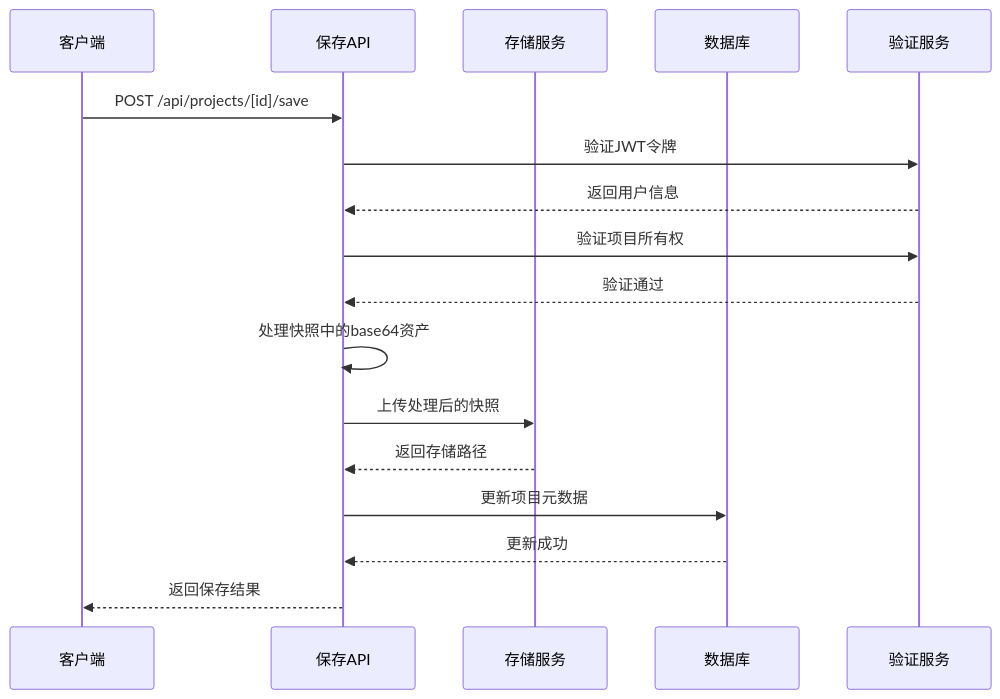
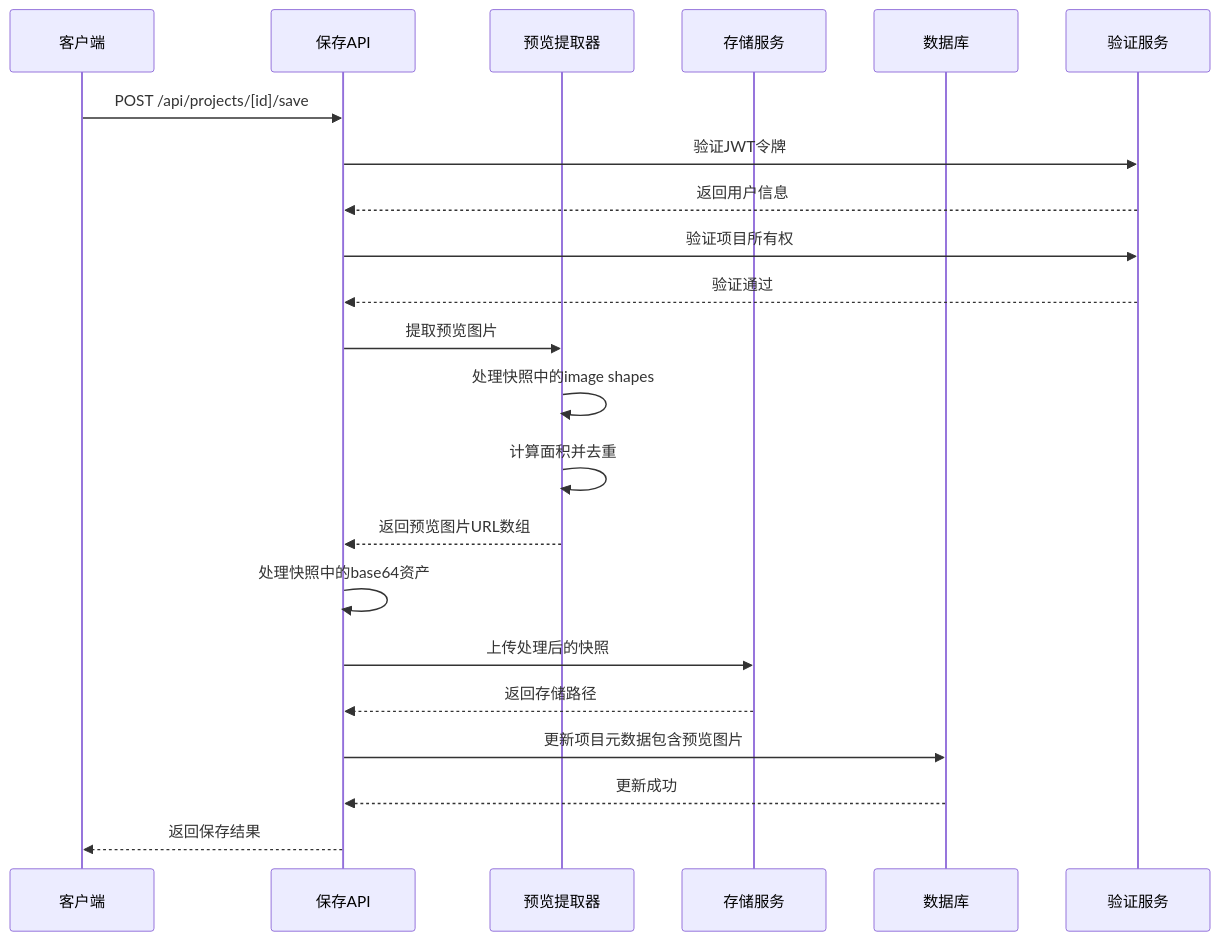
The tenth of 15 diagrams in .qoder/repowiki/zh/content/API 集成/项目管理API系统.md (billye220670/BananaFlow2), drawn with Mermaid before and after one commit. The commit also changed other lines of this file and 17 other files, not shown here.

First line of the commit message:
refactor: shimmer单元素架构重构，统一图片URL为Supabase单一来源

````diff
--- a/.qoder/repowiki/zh/content/API 集成/项目管理API系统.md
+++ b/.qoder/repowiki/zh/content/API 集成/项目管理API系统.md
@@ -370,19 +414,24 @@
 ```mermaid
 sequenceDiagram
 participant Client as 客户端
 participant SaveAPI as 保存API
+participant PreviewExtractor as 预览提取器
 participant Storage as 存储服务
 participant Database as 数据库
 participant Validation as 验证服务
 Client->>SaveAPI : POST /api/projects/[id]/save
 SaveAPI->>Validation : 验证JWT令牌
 Validation-->>SaveAPI : 返回用户信息
 SaveAPI->>Validation : 验证项目所有权
 Validation-->>SaveAPI : 验证通过
+SaveAPI->>PreviewExtractor : 提取预览图片
+PreviewExtractor->>PreviewExtractor : 处理快照中的image shapes
+PreviewExtractor->>PreviewExtractor : 计算面积并去重
+PreviewExtractor-->>SaveAPI : 返回预览图片URL数组
 SaveAPI->>SaveAPI : 处理快照中的base64资产
 SaveAPI->>Storage : 上传处理后的快照
 Storage-->>SaveAPI : 返回存储路径
-SaveAPI->>Database : 更新项目元数据
+SaveAPI->>Database : 更新项目元数据包含预览图片
 Database-->>SaveAPI : 更新成功
 SaveAPI-->>Client : 返回保存结果
 ```
````
